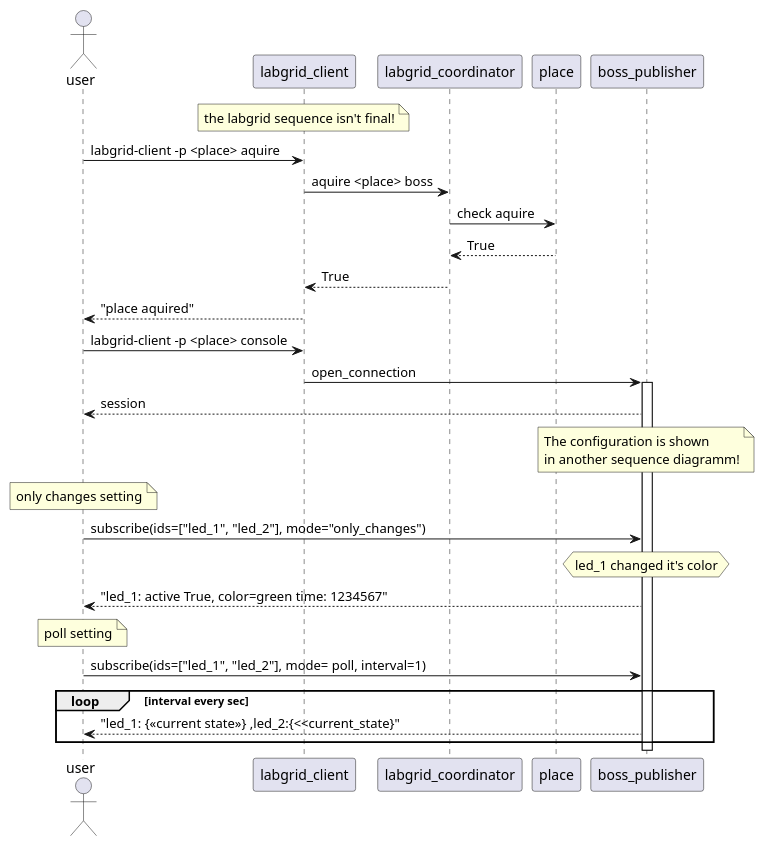
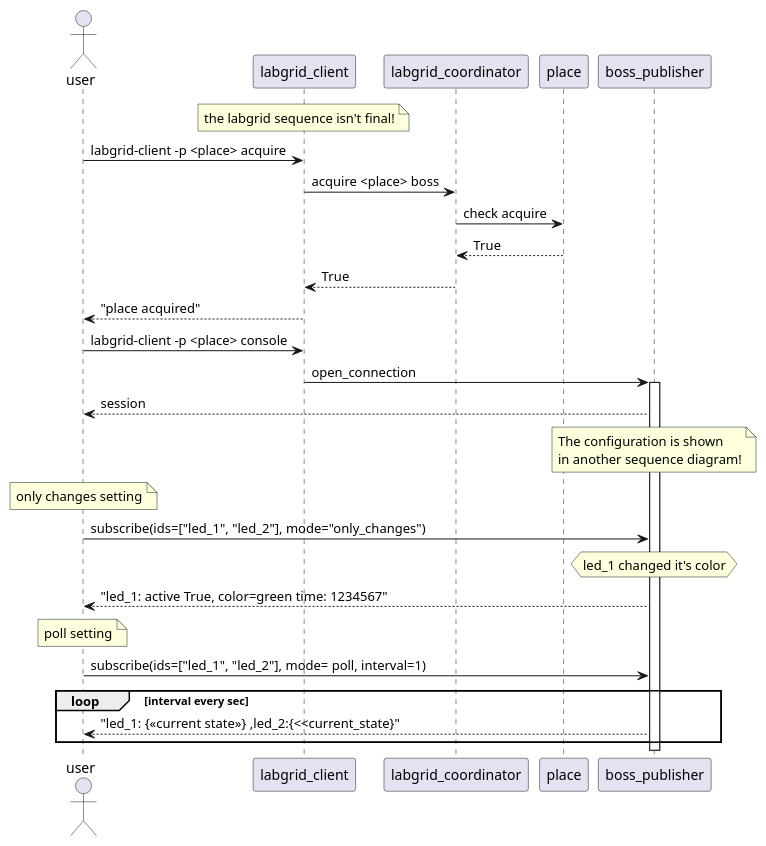
The diagram in docs/source/uml/Boss_Sequence.puml (SE-Projekt-LED-Detection/LED-Detection), drawn with PlantUML before and after one commit. The commit also changed 6 other files, not shown here.

```diff
--- a/docs/source/uml/Boss_Sequence.puml
+++ b/docs/source/uml/Boss_Sequence.puml
@@ -1,40 +1,40 @@
 @startuml
 
 actor user
 
 
 note over labgrid_client: the labgrid sequence isn't final!
 
 
-user -> labgrid_client: labgrid-client -p <place> aquire
-labgrid_client -> labgrid_coordinator:  aquire <place> boss
-labgrid_coordinator -> place: check aquire
+user -> labgrid_client: labgrid-client -p <place> acquire
+labgrid_client -> labgrid_coordinator:  acquire <place> boss
+labgrid_coordinator -> place: check acquire
 place --> labgrid_coordinator: True
 labgrid_coordinator --> labgrid_client: True
-labgrid_client --> user: "place aquired"
+labgrid_client --> user: "place acquired"
 user -> labgrid_client: labgrid-client -p <place> console
 labgrid_client -> boss_publisher: open_connection
 activate boss_publisher
 boss_publisher --> user: session
 note over boss_publisher
     The configuration is shown
-    in another sequence diagramm!
+    in another sequence diagram!
 end note
 note over user: only changes setting
 
 user -> boss_publisher: subscribe(ids=["led_1", "led_2"], mode="only_changes")
 
 hnote over boss_publisher: led_1 changed it's color
 boss_publisher --> user: "led_1: active True, color=green time: 1234567"
 
 note over user: poll setting
 
 user -> boss_publisher: subscribe(ids=["led_1", "led_2"], mode= poll, interval=1)
 
 loop interval every sec
     boss_publisher --> user: "led_1: {<<current state>>} ,led_2:{<<current_state}"
 end
 
 
 
 @enduml
```
